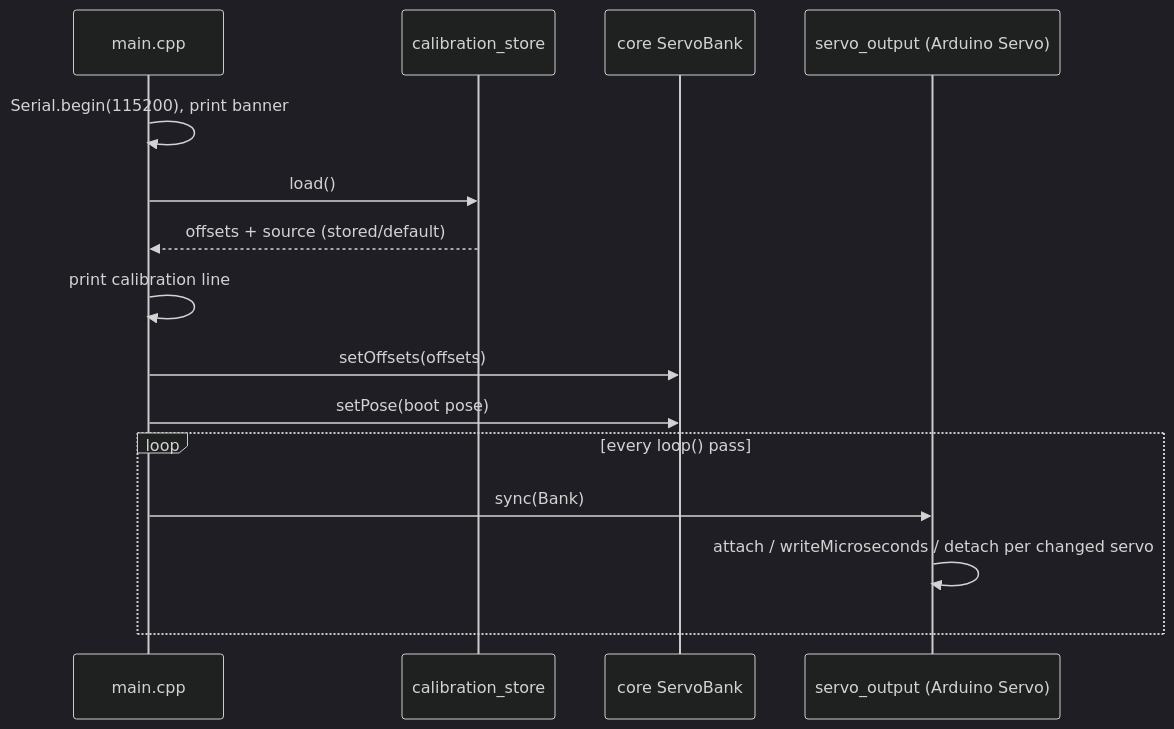
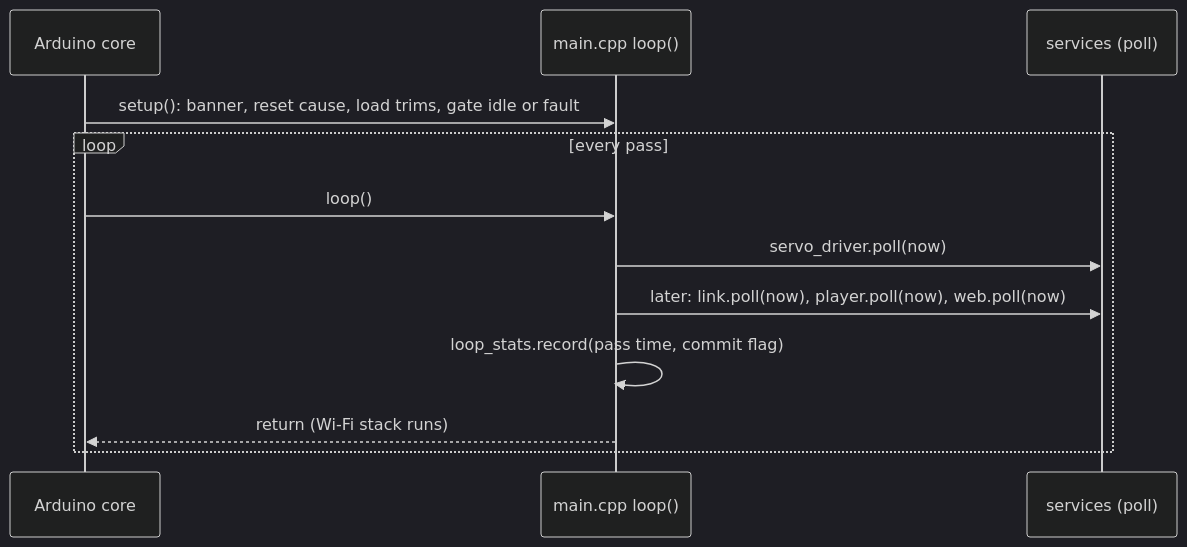
Before and after one commit to blackfyre/mini-spooder: the second of 4 diagrams in openspec/changes/firmware-foundation/design.md, drawn with Mermaid (dark theme). The commit also changed other lines of this file and 5 other files, not shown here.

````diff
--- a/openspec/changes/firmware-foundation/design.md
+++ b/openspec/changes/firmware-foundation/design.md
@@ -78,17 +95,14 @@
 ```mermaid
 sequenceDiagram
-  participant Main as main.cpp
-  participant Store as calibration_store
-  participant Bank as core ServoBank
-  participant Out as servo_output (Arduino Servo)
-  Main->>Main: Serial.begin(115200), print banner
-  Main->>Store: load()
-  Store-->>Main: offsets + source (stored/default)
-  Main->>Main: print calibration line
-  Main->>Bank: setOffsets(offsets)
-  Main->>Bank: setPose(boot pose)
-  loop every loop() pass
-    Main->>Out: sync(Bank)
-    Out->>Out: attach / writeMicroseconds / detach per changed servo
+  participant Core as Arduino core
+  participant Main as main.cpp loop()
+  participant Svc as services (poll)
+  Core->>Main: setup(): banner, reset cause, load trims, gate idle or fault
+  loop every pass
+    Core->>Main: loop()
+    Main->>Svc: servo_driver.poll(now)
+    Main->>Svc: later: link.poll(now), player.poll(now), web.poll(now)
+    Main->>Main: loop_stats.record(pass time, commit flag)
+    Main-->>Core: return (Wi-Fi stack runs)
   end
 ```
````
